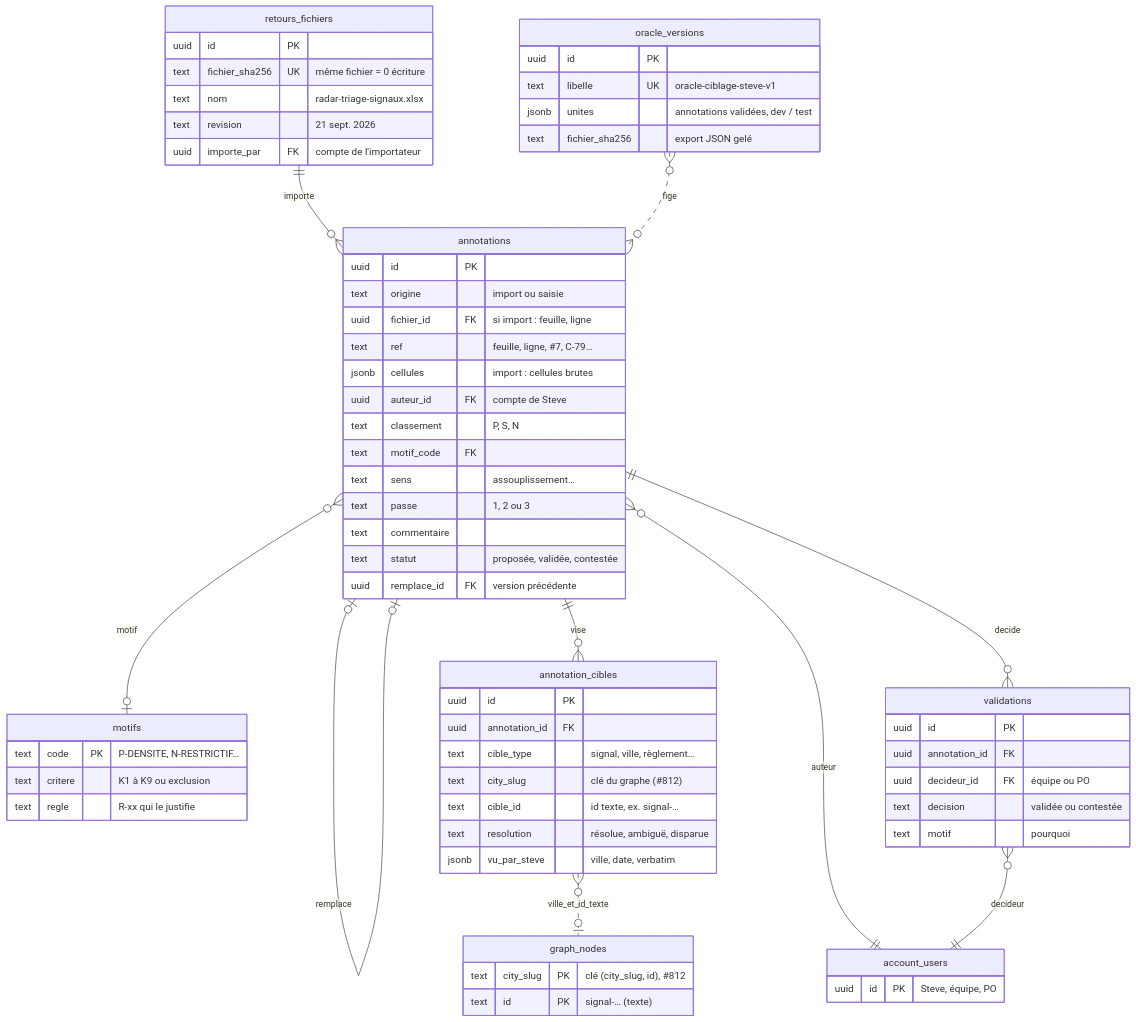
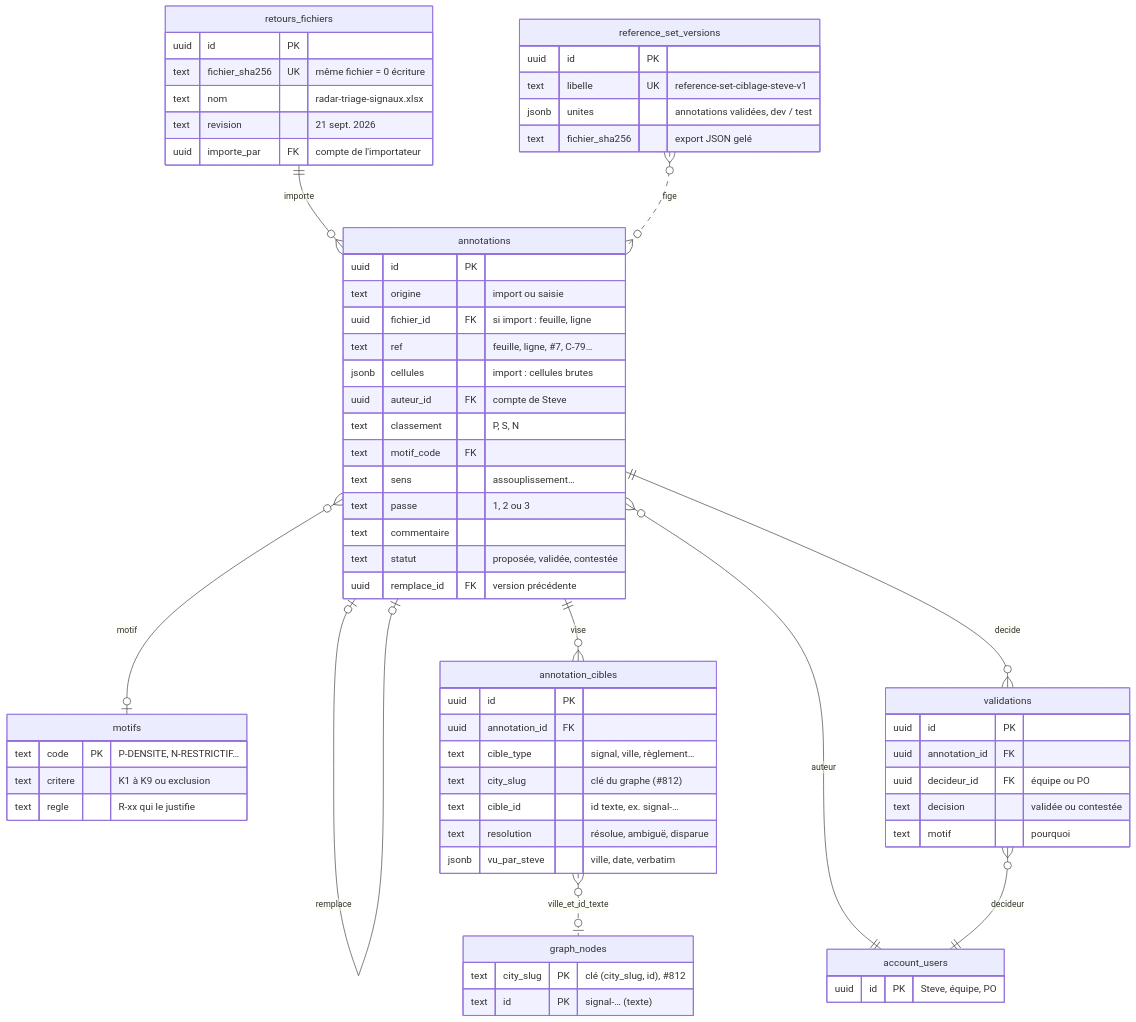
The ninth of 22 diagrams in docs/spec/reports/dossier-retours-steve/DOSSIER_DECISION_RETOURS_STEVE_2026-10-03.md (rhanka/radar-immobilier), drawn with Mermaid before and after one commit. The commit also changed other lines of this file and 47 other files, not shown here.

````diff
--- a/docs/spec/reports/dossier-retours-steve/DOSSIER_DECISION_RETOURS_STEVE_2026-10-03.md
+++ b/docs/spec/reports/dossier-retours-steve/DOSSIER_DECISION_RETOURS_STEVE_2026-10-03.md
@@ -1267,68 +1559,68 @@
 ```mermaid
 erDiagram
     retours_fichiers ||--o{ annotations : importe
     annotations }o--o| motifs : motif
     annotations |o--o| annotations : remplace
     annotations ||--o{ annotation_cibles : vise
     annotation_cibles }o..o| graph_nodes : ville_et_id_texte
     annotations ||--o{ validations : decide
     annotations }o--|| account_users : auteur
     validations }o--|| account_users : decideur
-    oracle_versions }o..o{ annotations : fige
+    reference_set_versions }o..o{ annotations : fige
     retours_fichiers {
       uuid id PK
       text fichier_sha256 UK "même fichier = 0 écriture"
       text nom "radar-triage-signaux.xlsx"
       text revision "21 sept. 2026"
       uuid importe_par FK "compte de l'importateur"
     }
     annotations {
       uuid id PK
       text origine "import ou saisie"
       uuid fichier_id FK "si import : feuille, ligne"
       text ref "feuille, ligne, #7, C-79…"
       jsonb cellules "import : cellules brutes"
       uuid auteur_id FK "compte de Steve"
       text classement "P, S, N"
       text motif_code FK
       text sens "assouplissement…"
       text passe "1, 2 ou 3"
       text commentaire
       text statut "proposée, validée, contestée"
       uuid remplace_id FK "version précédente"
     }
     motifs {
       text code PK "P-DENSITE, N-RESTRICTIF…"
       text critere "K1 à K9 ou exclusion"
       text regle "R-xx qui le justifie"
     }
     validations {
       uuid id PK
       uuid annotation_id FK
       uuid decideur_id FK "équipe ou PO"
       text decision "validée ou contestée"
       text motif "pourquoi"
     }
     annotation_cibles {
       uuid id PK
       uuid annotation_id FK
       text cible_type "signal, ville, règlement…"
       text city_slug "clé du graphe (#812)"
       text cible_id "id texte, ex. signal-…"
       text resolution "résolue, ambiguë, disparue"
       jsonb vu_par_steve "ville, date, verbatim"
     }
     graph_nodes {
       text city_slug PK "clé (city_slug, id), #812"
       text id PK "signal-… (texte)"
     }
     account_users {
       uuid id PK "Steve, équipe, PO"
     }
-    oracle_versions {
+    reference_set_versions {
       uuid id PK
-      text libelle UK "oracle-ciblage-steve-v1"
+      text libelle UK "reference-set-ciblage-steve-v1"
       jsonb unites "annotations validées, dev / test"
       text fichier_sha256 "export JSON gelé"
     }
 ```
````
